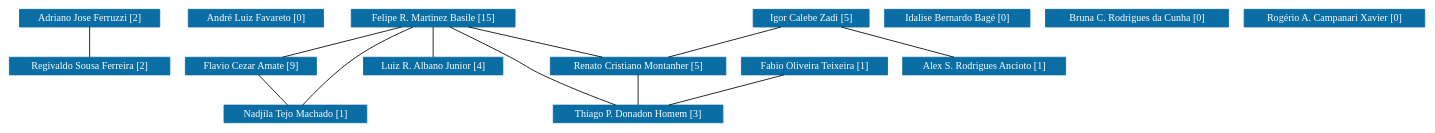
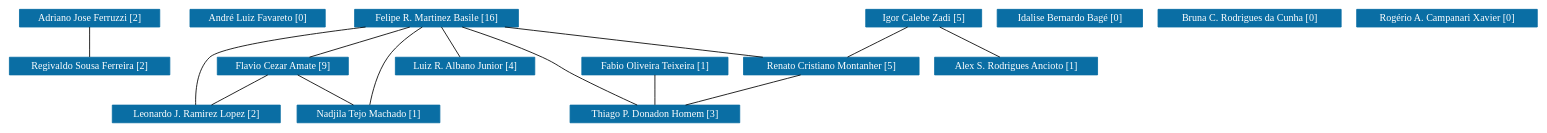
Before and after one commit to Data-Science-Research/colaboracaoacademicaGITES: the diagram in grafoDeColaboracoesSemPesos.dot, drawn with Graphviz. The commit also changed 75 other files, not shown here.

Commit message:
Inclusão de Leonardo Juan Ramirez Lopez

```diff
--- a/grafoDeColaboracoesSemPesos.dot
+++ b/grafoDeColaboracoesSemPesos.dot
@@ -1,127 +1,136 @@
 strict graph grafo1 {
-	graph [bb="0,0,1685,135",
+	graph [bb="0,0,1819,135",
 		id=grafo1,
 		overlap=False
 	];
 	node [fontsize=12,
 		label="\N",
 		shape=rectangle,
 		style=filled
 	];
 	0	[URL="membro-5813261133047060.html",
 		color="#0A6EA4",
 		fontcolor="#FFFFFF",
 		height=0.29167,
 		label="Adriano Jose Ferruzzi [2]",
 		pos="95.5,124.5",
 		width=2.3194];
 	8	[URL="membro-8291123108448027.html",
 		color="#0A6EA4",
 		fontcolor="#FFFFFF",
 		height=0.29167,
 		label="Regivaldo Sousa Ferreira [2]",
 		pos="95.5,67.5",
 		width=2.6528];
 	0 -- 8	[pos="95.5,113.92 95.5,103.95 95.5,88.408 95.5,78.341"];
 	1	[URL="membro-1741814375809802.html",
 		color="#0A6EA4",
 		fontcolor="#FFFFFF",
 		height=0.29167,
 		label="André Luiz Favareto [0]",
-		pos="293.5,124.5",
+		pos="295.5,124.5",
 		width=2.2361];
 	2	[URL="membro-9543740522912391.html",
 		color="#0A6EA4",
 		fontcolor="#FFFFFF",
 		height=0.29167,
 		label="Fabio Oliveira Teixeira [1]",
-		pos="958.5,67.5",
+		pos="768.5,67.5",
 		width=2.4167];
 	13	[URL="membro-6109272293288485.html",
 		color="#0A6EA4",
 		fontcolor="#FFFFFF",
 		height=0.29167,
 		label="Thiago P. Donadon Homem [3]",
-		pos="748.5,10.5",
+		pos="768.5,10.5",
 		width=2.8056];
-	2 -- 13	[pos="921.92,56.92 883.49,46.856 823.41,31.12 785.01,21.063"];
+	2 -- 13	[pos="768.5,56.92 768.5,46.948 768.5,31.408 768.5,21.341"];
 	3	[URL="membro-6413817150886826.html",
 		color="#0A6EA4",
 		fontcolor="#FFFFFF",
 		height=0.29167,
-		label="Felipe R. Martinez Basile [15]",
-		pos="504.5,124.5",
+		label="Felipe R. Martinez Basile [16]",
+		pos="508.5,124.5",
 		width=2.7083];
-	3 -- 13	[pos="524.37,114 543.1,104.96 571.87,90.887 596.5,78 613.6,69.054 617.06,65.259 634.5,57 663.77,43.136 698.47,29.695 721.84,21.062"];
+	3 -- 13	[pos="539.08,113.97 564.93,105.55 602.73,92.407 634.5,78 652.07,70.031 655.33,65.803 672.5,57 697.94,43.958 727.77,30.029 747.34,21.068"];
 	4	[URL="membro-8976791755900010.html",
 		color="#0A6EA4",
 		fontcolor="#FFFFFF",
 		height=0.29167,
 		label="Flavio Cezar Amate [9]",
-		pos="287.5,67.5",
+		pos="325.5,67.5",
 		width=2.1667];
-	3 -- 4	[pos="466.7,113.92 426.99,103.86 364.91,88.12 325.23,78.063"];
+	3 -- 4	[pos="476.62,113.92 443.14,103.86 390.78,88.12 357.32,78.063"];
 	7	[URL="membro-8754322948547165.html",
 		color="#0A6EA4",
 		fontcolor="#FFFFFF",
 		height=0.29167,
 		label="Luiz R. Albano Junior [4]",
-		pos="504.5,67.5",
+		pos="542.5,67.5",
 		width=2.3056];
-	3 -- 7	[pos="504.5,113.92 504.5,103.95 504.5,88.408 504.5,78.341"];
+	3 -- 7	[pos="514.42,113.92 520.59,103.95 530.19,88.408 536.42,78.341"];
 	9	[URL="membro-0270118728577579.html",
 		color="#0A6EA4",
 		fontcolor="#FFFFFF",
 		height=0.29167,
 		label="Renato Cristiano Montanher [5]",
-		pos="748.5,67.5",
+		pos="978.5,67.5",
 		width=2.9028];
-	3 -- 9	[pos="546.72,113.98 591.33,103.93 661.26,88.165 705.98,78.085"];
+	3 -- 9	[pos="589.83,113.98 675.88,103.91 810.87,88.116 896.98,78.039"];
 	14	[URL="membro-0112108049902805.html",
 		color="#0A6EA4",
 		fontcolor="#FFFFFF",
 		height=0.29167,
 		label="Nadjila Tejo Machado [1]",
-		pos="340.5,10.5",
+		pos="427.5,10.5",
 		width=2.3611];
-	3 -- 14	[pos="480.4,113.85 461.21,105.64 434.08,92.844 412.5,78 387.26,60.643 361.92,34.818 349.1,21.014"];
-	4 -- 14	[pos="296.73,56.92 306.34,46.948 321.32,31.408 331.02,21.341"];
-	9 -- 13	[pos="748.5,56.92 748.5,46.948 748.5,31.408 748.5,21.341"];
+	3 -- 14	[pos="491.58,113.94 478.69,105.87 461.35,93.215 450.5,78 437.88,60.293 431.69,35.06 429.09,21.327"];
+	15	[URL="membro-4323140190774391.html",
+		color="#0A6EA4",
+		fontcolor="#FFFFFF",
+		height=0.29167,
+		label="Leonardo J. Ramirez Lopez [2]",
+		pos="222.5,10.5",
+		width=2.7778];
+	3 -- 15	[pos="424.01,113.97 349.98,104.87 252.1,90.689 238.5,78 222.7,63.256 221.28,35.865 221.78,21.261"];
+	4 -- 14	[pos="343.27,56.92 361.87,46.886 390.94,31.216 409.59,21.155"];
+	4 -- 15	[pos="307.56,56.92 288.77,46.886 259.42,31.216 240.58,21.155"];
+	9 -- 13	[pos="941.92,56.92 903.49,46.856 843.41,31.12 805.01,21.063"];
 	5	[URL="membro-0255523082900191.html",
 		color="#0A6EA4",
 		fontcolor="#FFFFFF",
 		height=0.29167,
 		label="Idalise Bernardo Bagé [0]",
-		pos="1128.5,124.5",
+		pos="1262.5,124.5",
 		width=2.4028];
 	6	[URL="membro-0150761926799891.html",
 		color="#0A6EA4",
 		fontcolor="#FFFFFF",
 		height=0.29167,
 		label="Igor Calebe Zadi [5]",
-		pos="954.5,124.5",
+		pos="1088.5,124.5",
 		width=1.9167];
-	6 -- 9	[pos="918.62,113.92 880.92,103.86 821.99,88.12 784.32,78.063"];
+	6 -- 9	[pos="1069.3,113.92 1049.3,103.89 1017.9,88.216 997.81,78.155"];
 	10	[URL="membro-7290375482443455.html",
 		color="#0A6EA4",
 		fontcolor="#FFFFFF",
 		height=0.29167,
 		label="Alex S. Rodrigues Ancioto [1]",
-		pos="1160.5,67.5",
+		pos="1198.5,67.5",
 		width=2.6944];
-	6 -- 10	[pos="990.38,113.92 1028.1,103.86 1087,88.12 1124.7,78.063"];
+	6 -- 10	[pos="1107.7,113.92 1127.7,103.89 1159.1,88.216 1179.2,78.155"];
 	11	[URL="membro-5631261956953546.html",
 		color="#0A6EA4",
 		fontcolor="#FFFFFF",
 		height=0.29167,
 		label="Bruna C. Rodrigues da Cunha [0]",
-		pos="1342.5,124.5",
+		pos="1476.5,124.5",
 		width=3.0278];
 	12	[URL="membro-5904768897181890.html",
 		color="#0A6EA4",
 		fontcolor="#FFFFFF",
 		height=0.29167,
 		label="Rogério A. Campanari Xavier [0]",
-		pos="1577.5,124.5",
+		pos="1711.5,124.5",
 		width=2.9861];
 }
```
